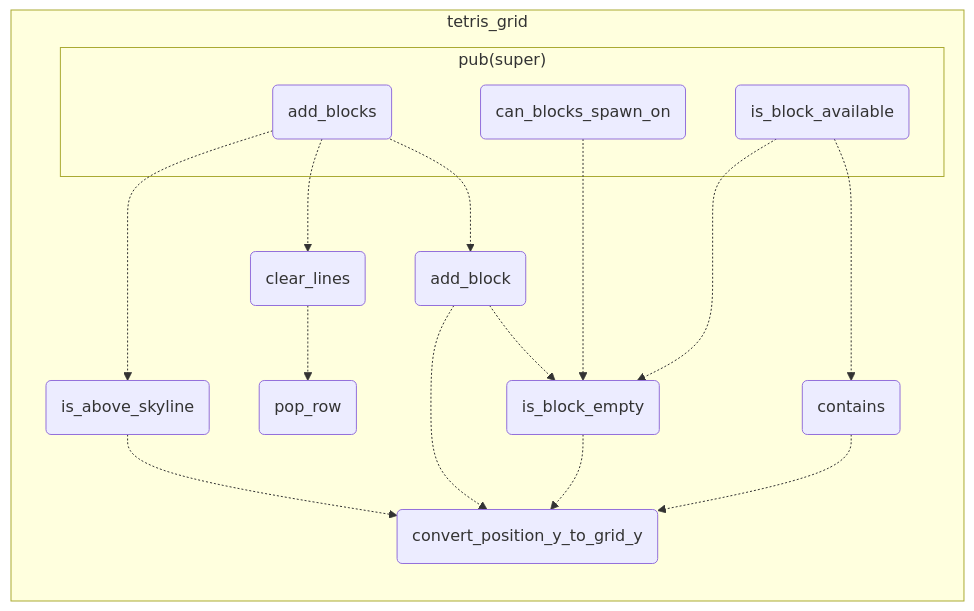
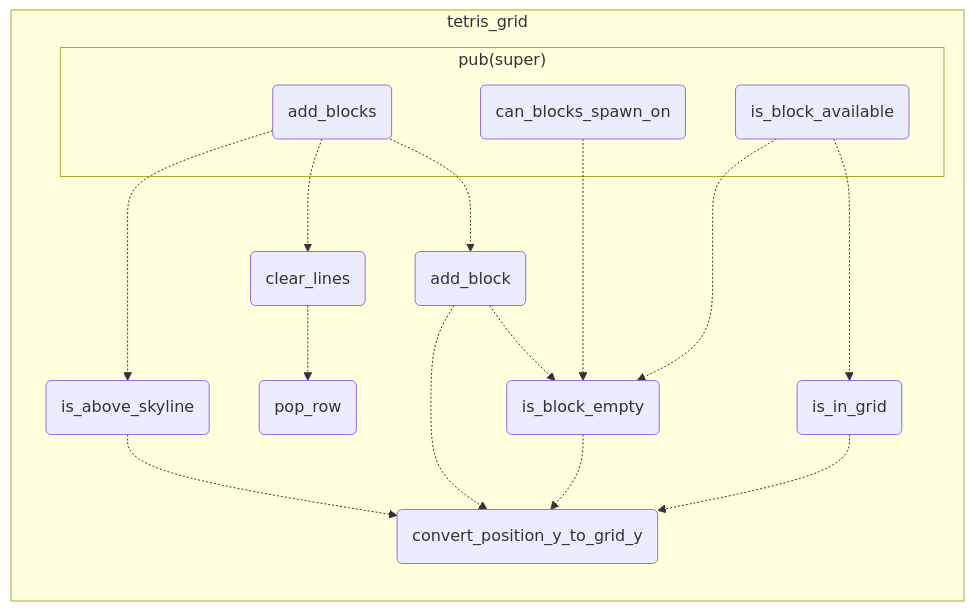
The diagram in src/app/player/core/tetris_grid_internals_flowgraph.mmd (inesvar/tetris), drawn with Mermaid before and after one commit. The commit also changed 4 other files, not shown here.

```diff
--- a/src/app/player/core/tetris_grid_internals_flowgraph.mmd
+++ b/src/app/player/core/tetris_grid_internals_flowgraph.mmd
@@ -1,39 +1,39 @@
 graph LR
     %% tetris grid
     clear_lines(clear_lines)
     pop_row(pop_row)
     is_above_skyline(is_above_skyline)
     add_block(add_block)
 
     is_block_empty(is_block_empty)
     convert_position_y_to_grid_y(convert_position_y_to_grid_y)
 
-    contains(contains)
+    is_in_grid(is_in_grid)
 
     add_blocks(add_blocks)
     can_blocks_spawn_on(can_blocks_spawn_on)
     is_block_available(is_block_available)
 
     subgraph tetris_grid
         subgraph "pub(super)"
             add_blocks
             can_blocks_spawn_on
             is_block_available
         end
         add_blocks -.-> is_above_skyline
         add_blocks -.-> clear_lines
         add_blocks -.-> add_block
     
         is_above_skyline -.-> convert_position_y_to_grid_y
         clear_lines -.-> pop_row
         add_block -.-> is_block_empty
         add_block -.-> convert_position_y_to_grid_y
     
         is_block_empty -.-> convert_position_y_to_grid_y
 
-        contains -.-> convert_position_y_to_grid_y
+        is_in_grid -.-> convert_position_y_to_grid_y
 
         can_blocks_spawn_on -.-> is_block_empty
-        is_block_available -.-> contains
+        is_block_available -.-> is_in_grid
         is_block_available -.-> is_block_empty
     end
```
